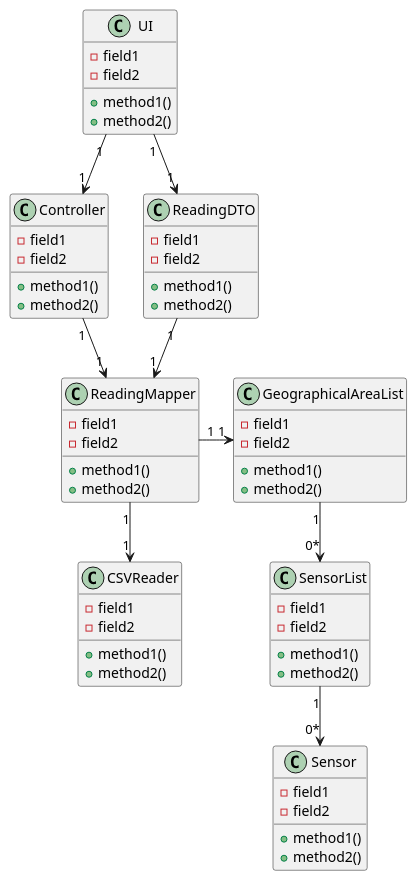
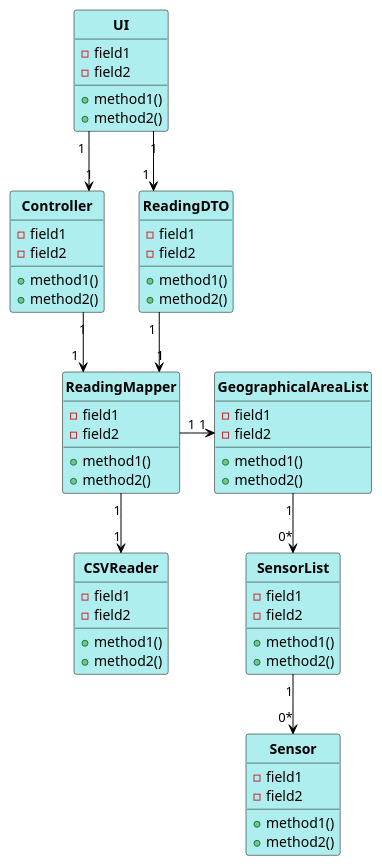
The diagram in src/main/java/pt/ipp/isep/dei/project/controllers/importReadingsFromCSVController/CD_ClassDiagramModel.puml (1181687/hateoasToy), drawn with PlantUML before and after one commit. The commit also changed 5 other files, not shown here.

Commit message:
Changes to Class Diagrams (updated Skin parameters) Changes to Main (in order to solve code smells of unused variables)

```diff
--- a/src/main/java/pt/ipp/isep/dei/project/controllers/importReadingsFromCSVController/CD_ClassDiagramModel.puml
+++ b/src/main/java/pt/ipp/isep/dei/project/controllers/importReadingsFromCSVController/CD_ClassDiagramModel.puml
@@ -1,67 +1,77 @@
 @startuml
+skinparam linetype ortho
+
+skinparam class {
+	BackgroundColor PaleTurquoise
+	ArrowColor Black
+	BorderColor Black
+	FontStyle Bold
+}
+
+hide circle
 
 UI "1" -> "1" Controller
 UI "1" --> "1" ReadingDTO
 ReadingDTO "1" --> "1" ReadingMapper
 ReadingMapper "1" --> "1" CSVReader
 Controller "1" --> "1" ReadingMapper
 ReadingMapper "1" -> "1" GeographicalAreaList
 GeographicalAreaList "1" --> "0*" SensorList
 SensorList "1" --> "0*" Sensor
 
 Class UI {
 -field1
 -field2
 +method1()
 +method2()
 }
 
 Class Controller {
 -field1
 -field2
 +method1()
 +method2()
 }
 
 Class ReadingMapper {
 -field1
 -field2
 +method1()
 +method2()
 }
 
 Class CSVReader {
 -field1
 -field2
 +method1()
 +method2()
 }
 
 Class GeographicalAreaList {
 -field1
 -field2
 +method1()
 +method2()
 }
 
 Class SensorList {
 -field1
 -field2
 +method1()
 +method2()
 }
 
 Class Sensor {
 -field1
 -field2
 +method1()
 +method2()
 }
 
 Class ReadingDTO {
 -field1
 -field2
 +method1()
 +method2()
 }
 @enduml
```
